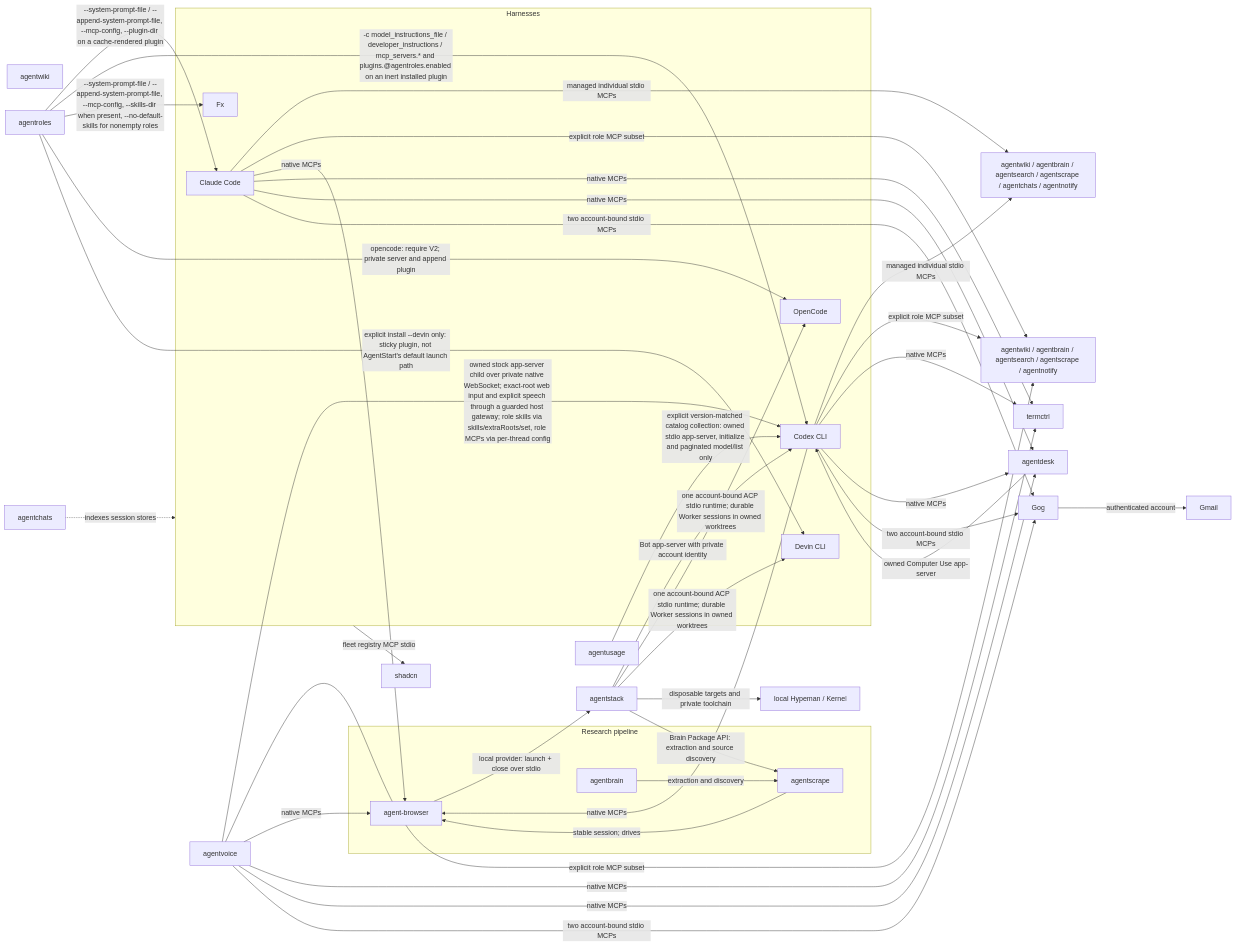
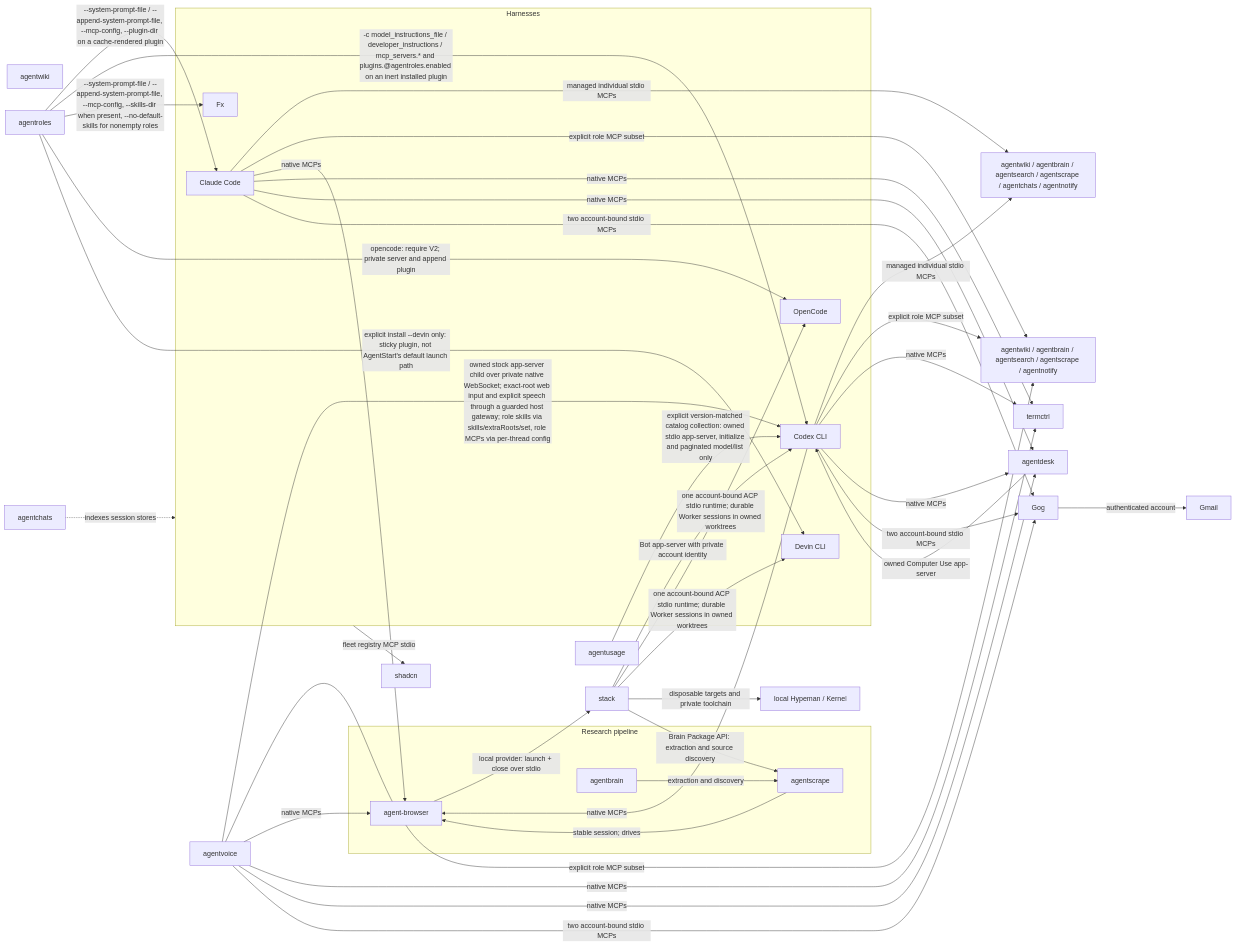
Before and after one commit to possibilities/agentstart: the first of 3 diagrams in skills/fleet/MAP.md, drawn with Mermaid. The commit also changed other lines of this file and 16 other files, not shown here.

````diff
--- a/skills/fleet/MAP.md
+++ b/skills/fleet/MAP.md
@@ -28,49 +28,49 @@
 ```mermaid
 flowchart LR
     subgraph harnesses [Harnesses]
         claude[Claude Code]
         codex[Codex CLI]
         fx[Fx]
         opencode[OpenCode]
         devin[Devin CLI]
     end
 
     usage[agentusage]
 
     subgraph research [Research pipeline]
         brain[agentbrain]
         scrape[agentscrape]
         browser[agent-browser]
     end
 
     wiki[agentwiki]
     chats[agentchats]
     voice[agentvoice]
     roles[agentroles]
-    stack[agentstack]
+    stack[stack]
 
     stack -->|Bot app-server with private account identity| codex
     stack -->|one account-bound ACP stdio runtime; durable Worker sessions in owned worktrees| opencode & devin
 
     voice -->|owned stock app-server child over private native WebSocket; exact-root web input and explicit speech through a guarded host gateway; role skills via skills/extraRoots/set, role MCPs via per-thread config| codex
     roles -->|--system-prompt-file / --append-system-prompt-file, --mcp-config, --plugin-dir on a cache-rendered plugin| claude
     roles -->|-c model_instructions_file / developer_instructions / mcp_servers.* and plugins.<role>@agentroles.enabled on an inert installed plugin| codex
     roles -->|--system-prompt-file / --append-system-prompt-file, --mcp-config, --skills-dir when present, --no-default-skills for nonempty roles| fx
     roles -->|opencode: require V2; private server and append plugin| opencode
     roles -->|explicit install --devin only: sticky plugin, not AgentStart's default launch path| devin
 
     usage -->|explicit version-matched catalog collection: owned stdio app-server, initialize and paginated model/list only| codex
     brain -->|extraction and discovery| scrape
     stack -->|Brain Package API: extraction and source discovery| scrape
     scrape -->|stable session; drives| browser
      browser -->|local provider: launch + close over stdio| stack
      stack -->|disposable targets and private toolchain| hypeman[local Hypeman / Kernel]
     chats -.->|indexes session stores| harnesses
      claude & codex -->|managed individual stdio MCPs| contractServers[agentwiki / agentbrain / agentsearch / agentscrape / agentchats / agentnotify]
      claude & codex & voice -->|explicit role MCP subset| roleServers[agentwiki / agentbrain / agentsearch / agentscrape / agentnotify]
     claude & codex & voice -->|native MCPs| browser & terminal[termctrl] & desk[agentdesk]
     desk -->|owned Computer Use app-server| codex
     claude & codex & voice -->|two account-bound stdio MCPs| gog[Gog]
     gog -->|authenticated account| gmail[Gmail]
     harnesses -->|fleet registry MCP stdio| shadcn[shadcn]
 ```
````
